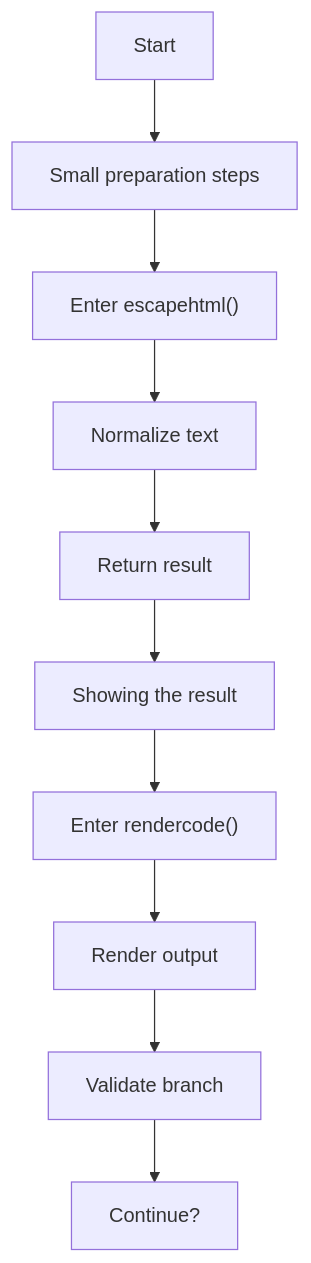
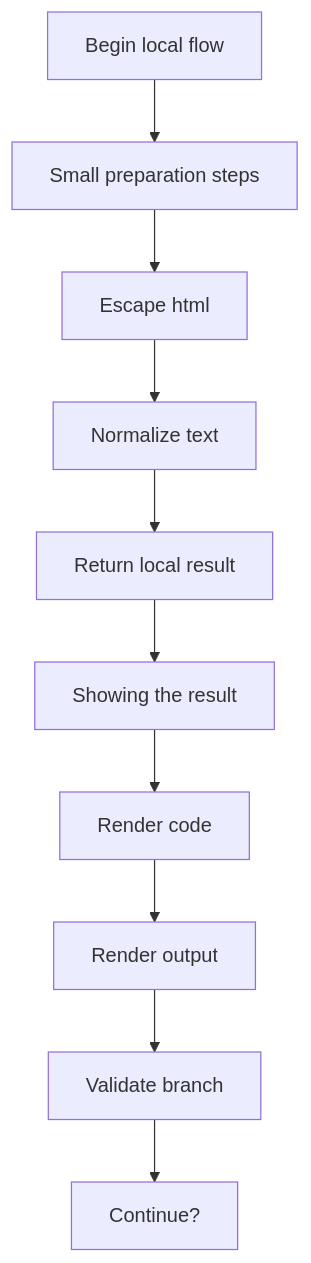
One commit to JohnAndrewBalbarosa/NeoTerritory changed the first of 4 diagrams in docs/Codebase/Frontend/scripts/diff-viewer.js.md. Above: the diagram before and after it, drawn with Mermaid. The commit also changed other lines of this file and 915 other files, not shown here.

````diff
--- a/docs/Codebase/Frontend/scripts/diff-viewer.js.md
+++ b/docs/Codebase/Frontend/scripts/diff-viewer.js.md
@@ -25,22 +24,22 @@
 ```mermaid
 flowchart TD
-    N0["Start"]
+    N0["Begin local flow"]
     N1["Small preparation steps"]
-    N2["Enter escapehtml()"]
+    N2["Escape html"]
     N3["Normalize text"]
-    N4["Return result"]
+    N4["Return local result"]
     N5["Showing the result"]
-    N6["Enter rendercode()"]
+    N6["Render code"]
     N7["Render output"]
     N8["Validate branch"]
     N9["Continue?"]
     N0 --> N1
     N1 --> N2
     N2 --> N3
     N3 --> N4
     N4 --> N5
     N5 --> N6
     N6 --> N7
     N7 --> N8
     N8 --> N9
 ```
````
